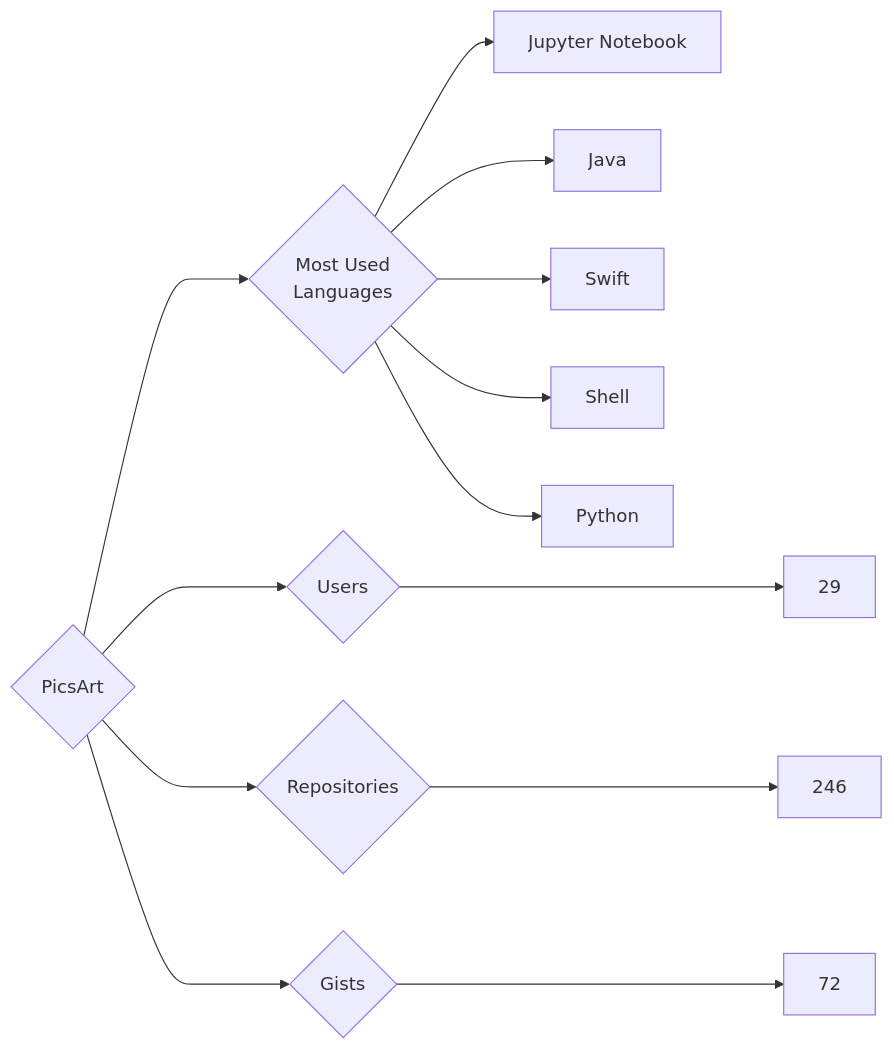
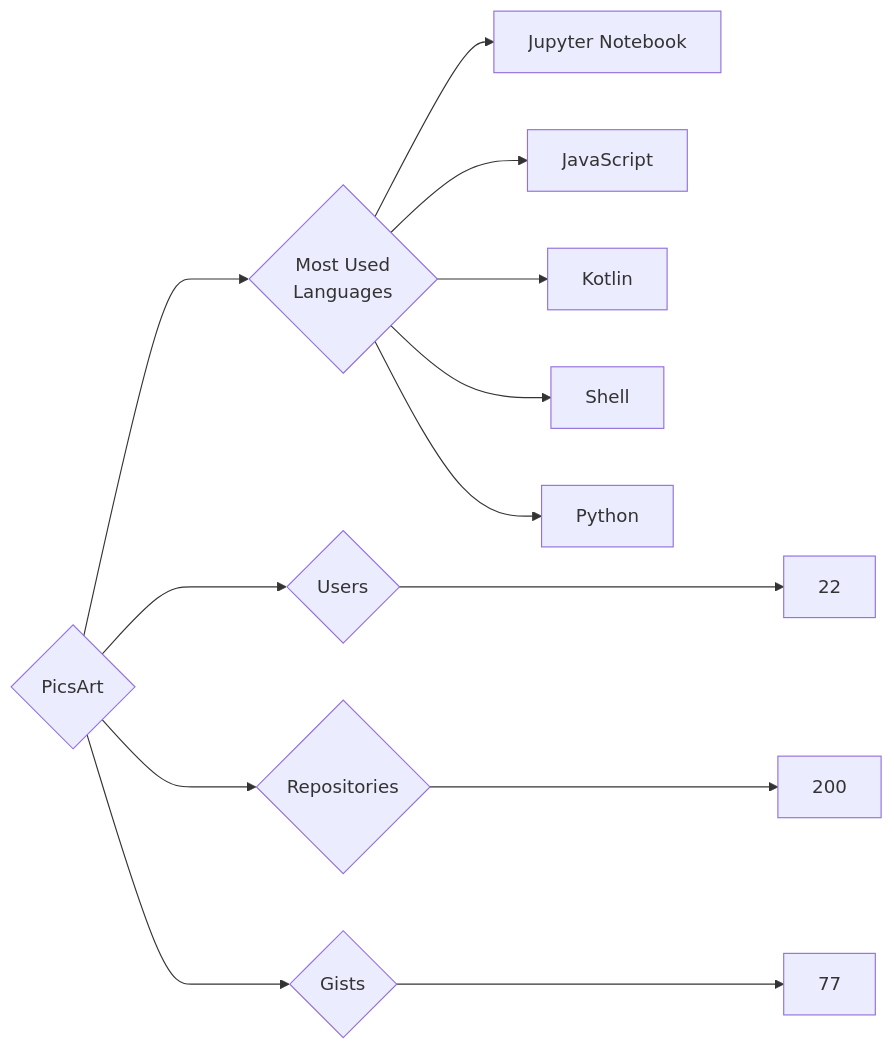
One commit to trickest/insiders changed the diagram in targets/PicsArt/README.md. Above: the diagram before and after it, drawn with Mermaid. The commit also changed 765 other files, not shown here.

````diff
--- a/targets/PicsArt/README.md
+++ b/targets/PicsArt/README.md
@@ -3,13 +3,13 @@
 ```mermaid
 graph LR
 COMPANY_NAME{PicsArt}
-COMPANY_NAME ---> U{Users} ---> UN[29]
-COMPANY_NAME ---> R{Repositories} ---> RN[246]
-COMPANY_NAME ---> G{Gists} ---> GN[72]
+COMPANY_NAME ---> U{Users} ---> UN[22]
+COMPANY_NAME ---> R{Repositories} ---> RN[200]
+COMPANY_NAME ---> G{Gists} ---> GN[77]
 COMPANY_NAME ---> ML{Most Used<br>Languages}
 ML --> Jupyter_Notebook[Jupyter Notebook]
-ML --> Java[Java]
-ML --> Swift[Swift]
+ML --> JavaScript[JavaScript]
+ML --> Kotlin[Kotlin]
 ML --> Shell[Shell]
 ML --> Python[Python]
 ```
````
